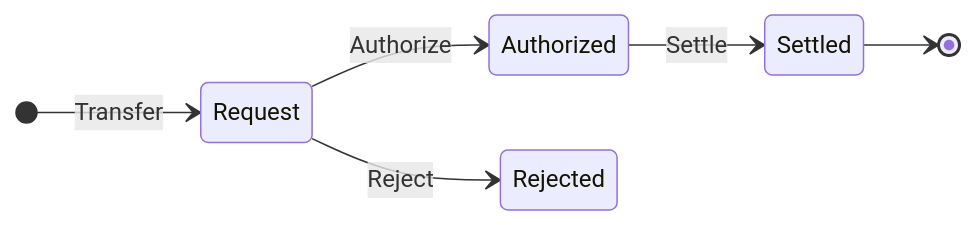
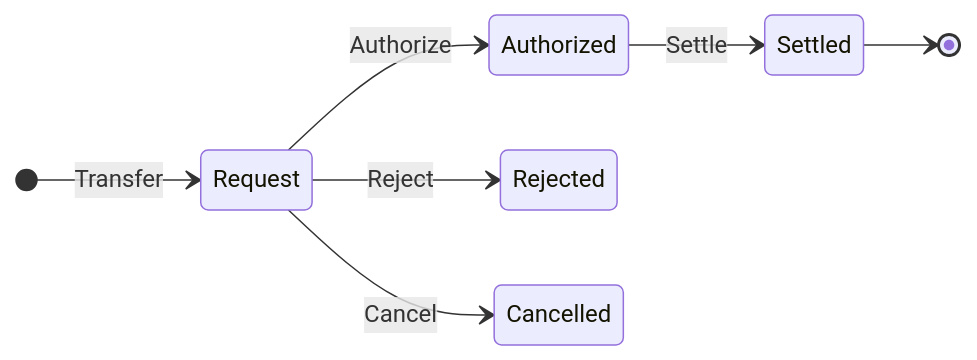
Before and after one commit to TransactionAuthorizationProtocol/TAIPs: diagram 12 of 13 in TAIPs/taip-4.md, drawn with Mermaid. The commit also changed other lines of this file, not shown here.

Commit message:
Adding a Cancel message

````diff
--- a/TAIPs/taip-4.md
+++ b/TAIPs/taip-4.md
@@ -235,10 +274,11 @@
 ```mermaid
 stateDiagram-v2
     direction lr
     [*] --> Request : Transfer
     Request --> Authorized : Authorize
     Request --> Rejected : Reject
+    Request --> Cancelled : Cancel
     Authorized --> Settled : Settle
     Settled --> [*]
 
 ```
````
